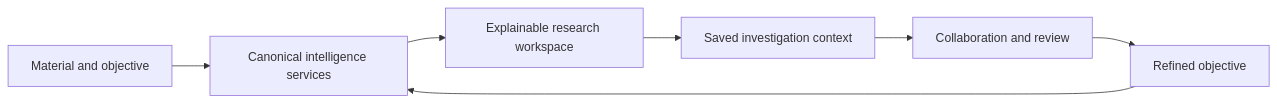
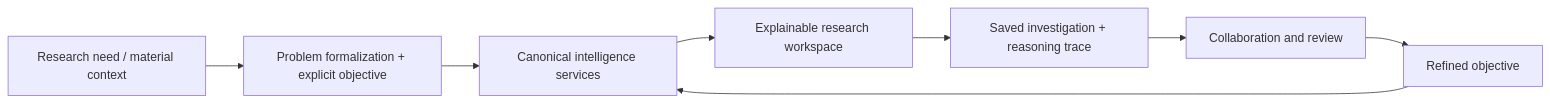
Before and after one commit to MaterialGraph/materialgraph: the second of 6 diagrams in docs/architecture/system_architecture.md, drawn with Mermaid. The commit also changed other lines of this file and 8 other files, not shown here.

Commit message:
Define domain-extensible MaterialGraph architecture

````diff
--- a/docs/architecture/system_architecture.md
+++ b/docs/architecture/system_architecture.md
@@ -40,9 +41,10 @@
 ```mermaid
 flowchart LR
-    A["Material and objective"] --> B["Canonical intelligence services"]
-    B --> C["Explainable research workspace"]
-    C --> D["Saved investigation context"]
-    D --> E["Collaboration and review"]
-    E --> F["Refined objective"]
-    F --> B
+    A["Research need / material context"] --> B["Problem formalization + explicit objective"]
+    B --> C["Canonical intelligence services"]
+    C --> D["Explainable research workspace"]
+    D --> E["Saved investigation + reasoning trace"]
+    E --> F["Collaboration and review"]
+    F --> G["Refined objective"]
+    G --> C
 ```
````
